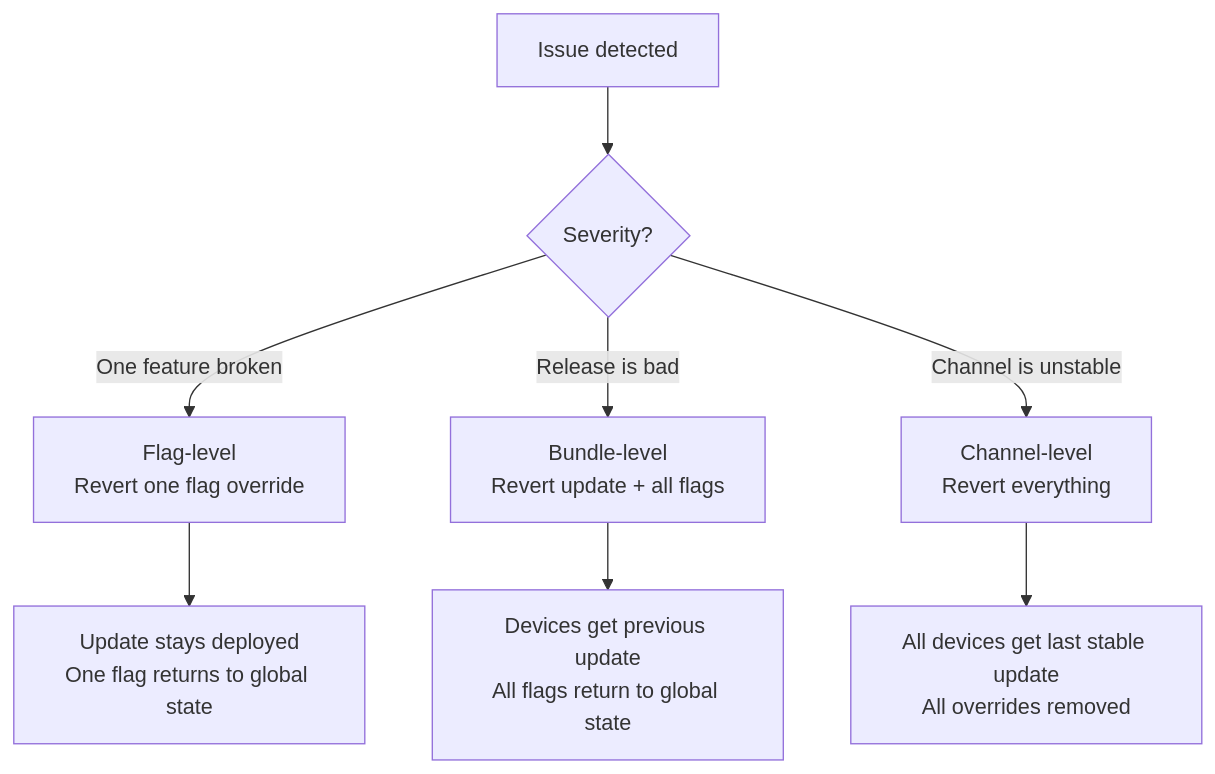
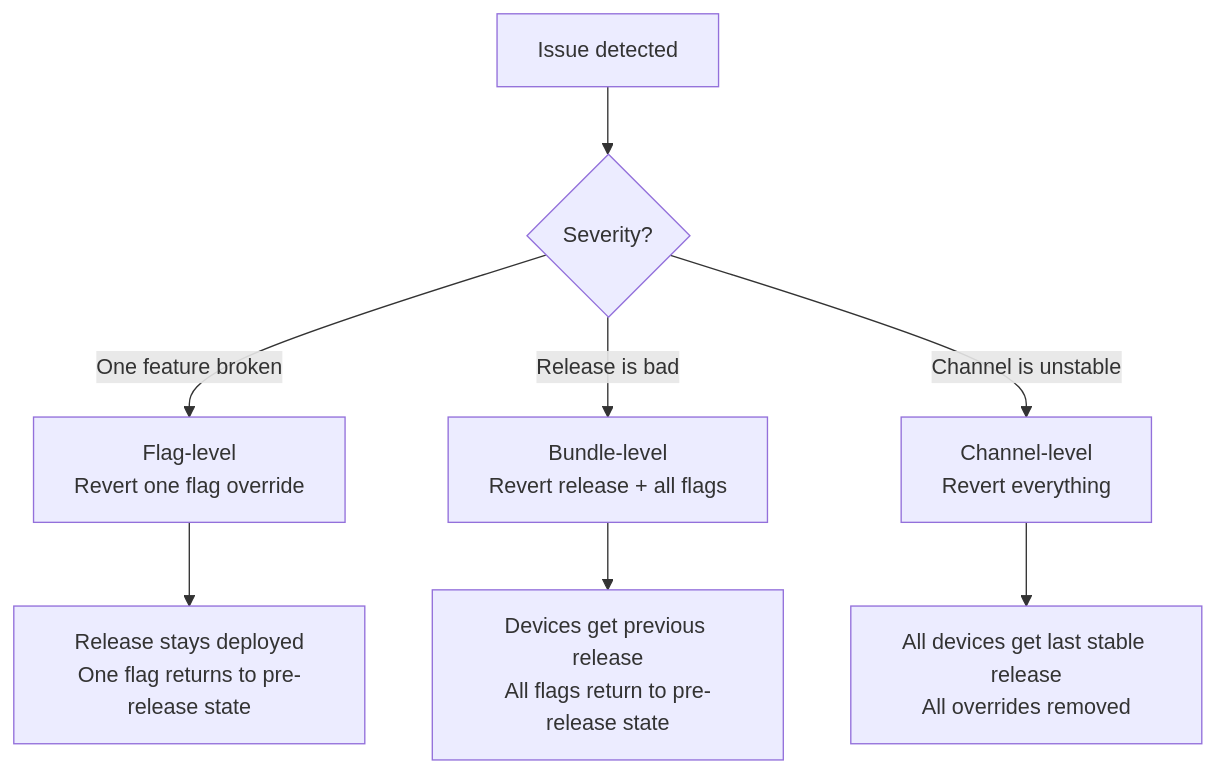
The third of 3 diagrams in app/updates/rollout-policies/page.mdx (AppDispatch/docs), drawn with Mermaid before and after one commit. The commit also changed other lines of this file and 26 other files, not shown here.

````diff
--- a/app/updates/rollout-policies/page.mdx
+++ b/app/updates/rollout-policies/page.mdx
@@ -140,10 +140,10 @@
 ```mermaid
 flowchart TD
   I["Issue detected"] --> D{"Severity?"}
   D -->|"One feature broken"| F["Flag-level\nRevert one flag override"]
-  D -->|"Release is bad"| B["Bundle-level\nRevert update + all flags"]
+  D -->|"Release is bad"| B["Bundle-level\nRevert release + all flags"]
   D -->|"Channel is unstable"| C["Channel-level\nRevert everything"]
-  F --> R1["Update stays deployed\nOne flag returns to global state"]
-  B --> R2["Devices get previous update\nAll flags return to global state"]
-  C --> R3["All devices get last stable update\nAll overrides removed"]
+  F --> R1["Release stays deployed\nOne flag returns to pre-release state"]
+  B --> R2["Devices get previous release\nAll flags return to pre-release state"]
+  C --> R3["All devices get last stable release\nAll overrides removed"]
 ```
````
